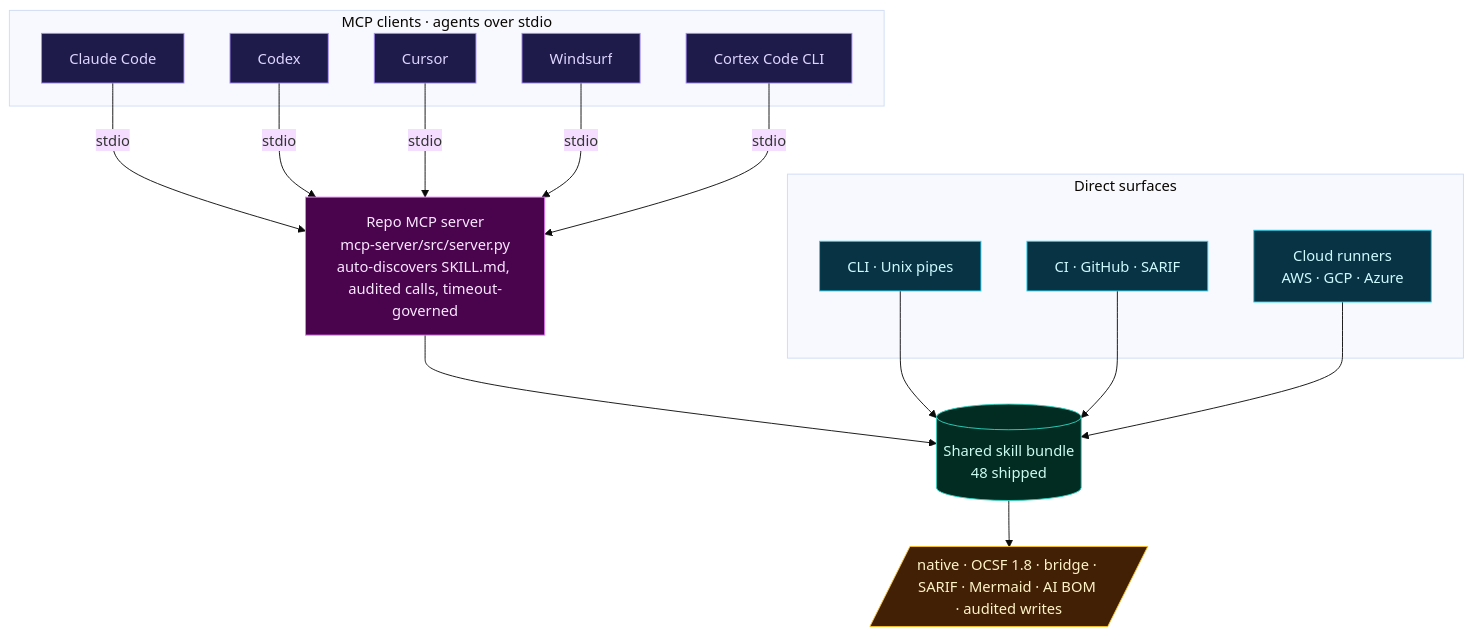
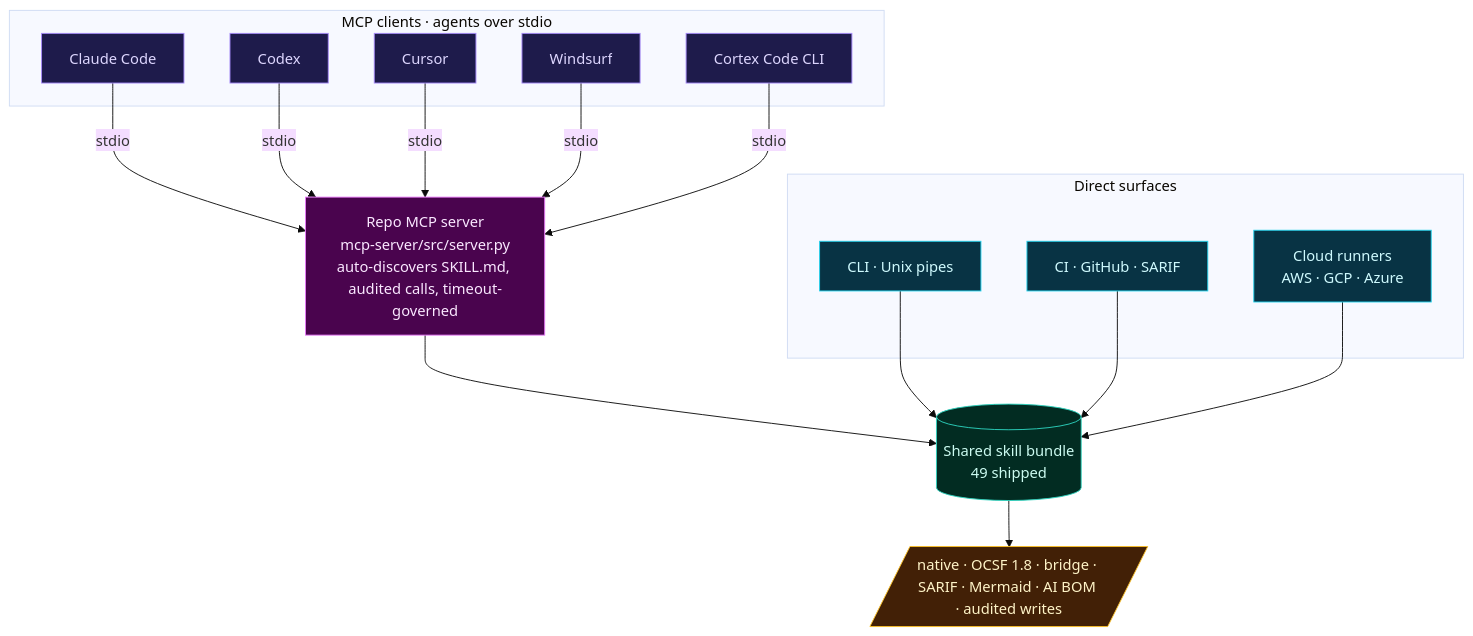
One commit to msaad00/cloud-ai-security-skills changed the second of 5 diagrams in README.md. Above: the diagram before and after it, drawn with Mermaid (base theme). The commit also changed other lines of this file and 10 other files, not shown here.

````diff
--- a/README.md
+++ b/README.md
@@ -105,37 +105,37 @@
 ```mermaid
 flowchart TB
     classDef client fill:#1e1b4b,stroke:#a78bfa,color:#ddd6fe
     classDef direct fill:#083344,stroke:#22d3ee,color:#cffafe
     classDef mcp fill:#4a044e,stroke:#e879f9,color:#fae8ff
     classDef bundle fill:#022c22,stroke:#2dd4bf,color:#ccfbf1
     classDef output fill:#422006,stroke:#fbbf24,color:#fef3c7
 
     subgraph Clients["MCP clients · agents over stdio"]
         claude[Claude Code]:::client
         codex[Codex]:::client
         cursor[Cursor]:::client
         windsurf[Windsurf]:::client
         cortex[Cortex Code CLI]:::client
     end
 
     subgraph Direct["Direct surfaces"]
         cli[CLI · Unix pipes]:::direct
         ci[CI · GitHub · SARIF]:::direct
         runners["Cloud runners<br/>AWS · GCP · Azure"]:::direct
     end
 
     mcp["Repo MCP server<br/>mcp-server/src/server.py<br/>auto-discovers SKILL.md, audited calls, timeout-governed"]:::mcp
-    bundle[("Shared skill bundle<br/>48 shipped")]:::bundle
+    bundle[("Shared skill bundle<br/>49 shipped")]:::bundle
     outputs[/"native · OCSF 1.8 · bridge · SARIF · Mermaid · AI BOM · audited writes"/]:::output
 
     claude -->|stdio| mcp
     codex -->|stdio| mcp
     cursor -->|stdio| mcp
     windsurf -->|stdio| mcp
     cortex -->|stdio| mcp
     mcp --> bundle
     cli --> bundle
     ci --> bundle
     runners --> bundle
     bundle --> outputs
 ```
````
